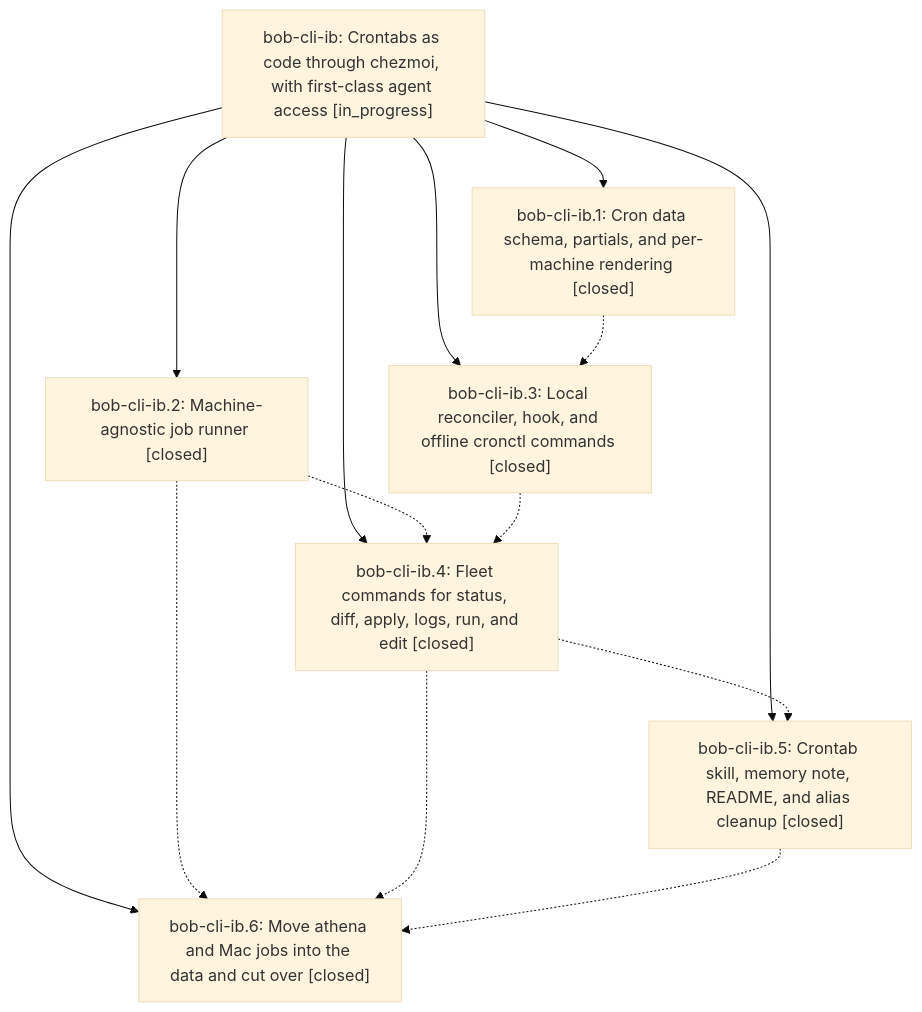
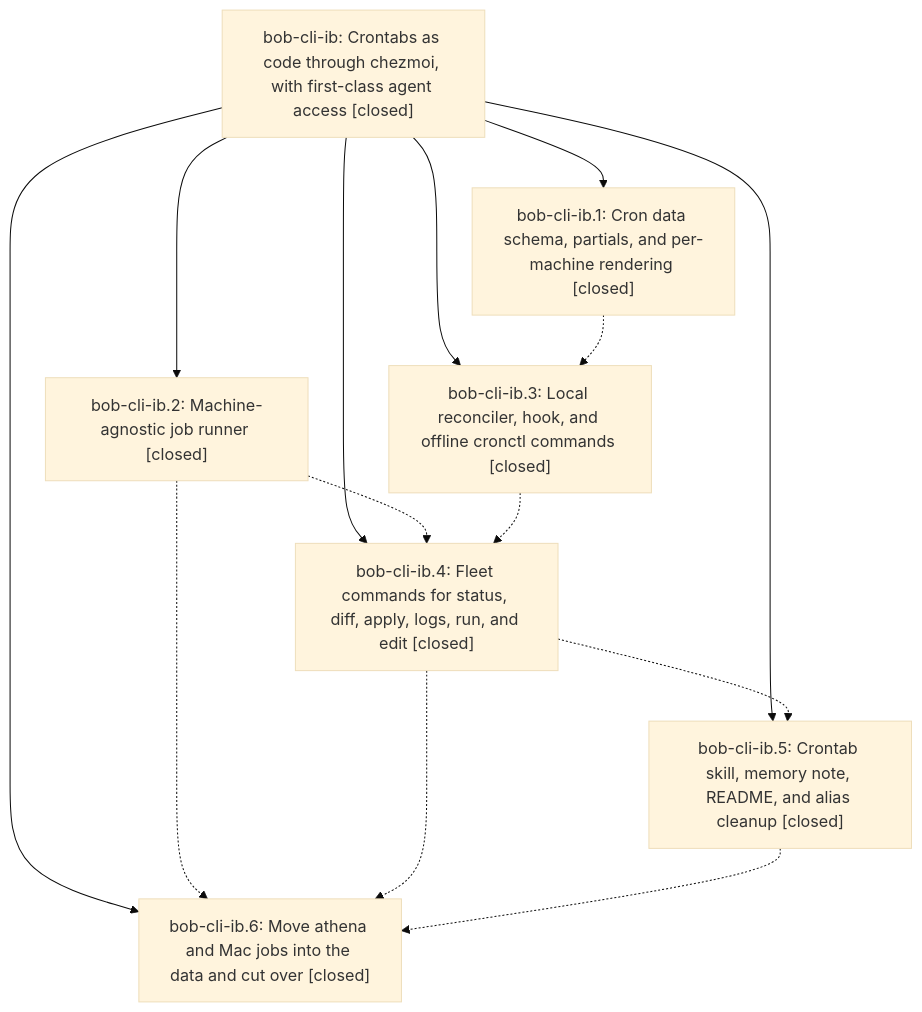
The diagram in pages/bob-cli-ib/README.md (bobs-org/bob-cli--beads), drawn with Mermaid (base theme) before and after one commit. The commit also changed other lines of this file and 6 other files, not shown here.

First line of the commit message:
chore(beads): sync bead state and pages for bob-cli-ib

````diff
--- a/pages/bob-cli-ib/README.md
+++ b/pages/bob-cli-ib/README.md
@@ -52,23 +68,23 @@
 ```mermaid
 flowchart TD
-    n0["bob-cli-ib: Crontabs as code through chezmoi, with first-class agent access [in_progress]"]
+    n0["bob-cli-ib: Crontabs as code through chezmoi, with first-class agent access [closed]"]
     n1["bob-cli-ib.1: Cron data schema, partials, and per-machine rendering [closed]"]
     n2["bob-cli-ib.2: Machine-agnostic job runner [closed]"]
     n3["bob-cli-ib.3: Local reconciler, hook, and offline cronctl commands [closed]"]
     n4["bob-cli-ib.4: Fleet commands for status, diff, apply, logs, run, and edit [closed]"]
     n5["bob-cli-ib.5: Crontab skill, memory note, README, and alias cleanup [closed]"]
     n6["bob-cli-ib.6: Move athena and Mac jobs into the data and cut over [closed]"]
     n0 --> n1
     n0 --> n2
     n0 --> n3
     n0 --> n4
     n0 --> n5
     n0 --> n6
     n1 -.-> n3
     n2 -.-> n4
     n2 -.-> n6
     n3 -.-> n4
     n4 -.-> n5
     n4 -.-> n6
     n5 -.-> n6
 ```
````
